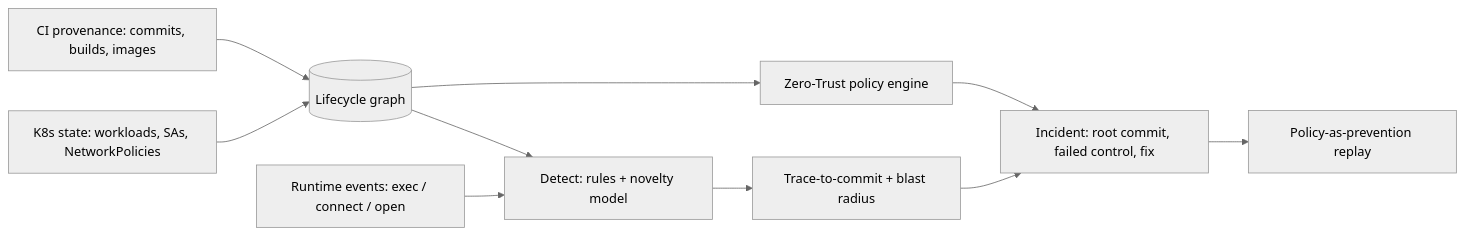
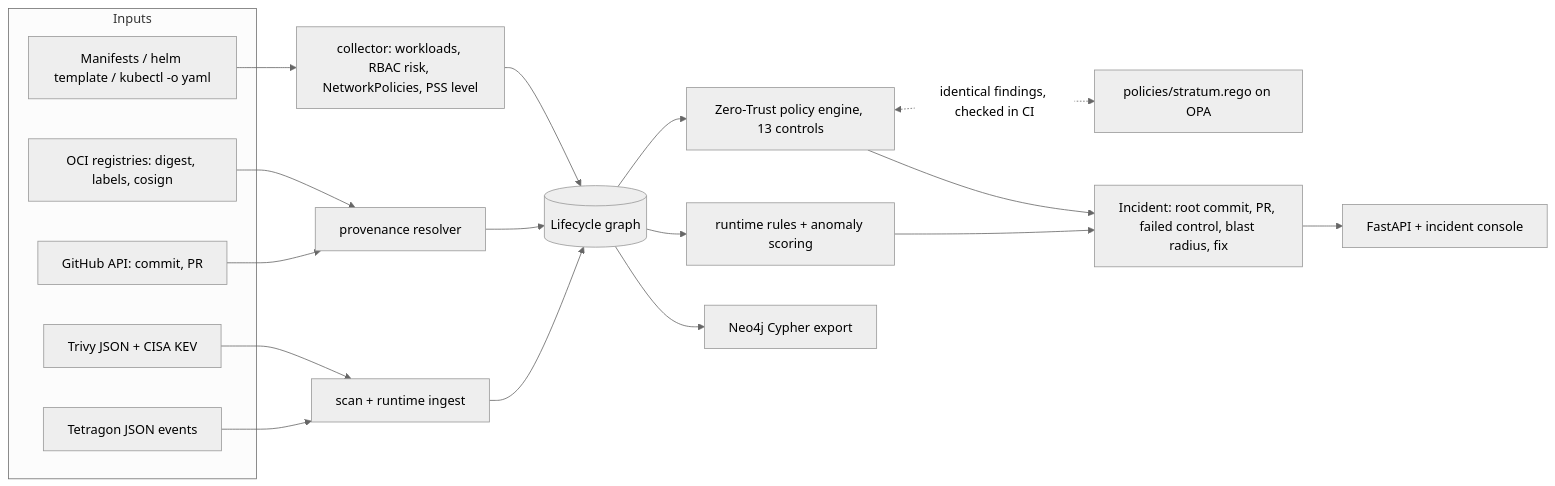
The diagram in README.md (rakshit-737/stratum), drawn with Mermaid (neutral theme) before and after one commit. The commit also changed other lines of this file, not shown here.

Commit message:
docs: rewrite README with real-data results, datasets, limitations and roadmap

````diff
--- a/README.md
+++ b/README.md
@@ -9,12 +46,25 @@
 ```mermaid
 flowchart LR
-  CI[CI provenance: commits, builds, images] --> GR
-  K8S[K8s state: workloads, SAs, NetworkPolicies] --> GR
-  RT[Runtime events: exec / connect / open] --> DT
-  GR[(Lifecycle graph)] --> POL[Zero-Trust policy engine]
-  GR --> DT[Detect: rules + novelty model]
-  DT --> TR[Trace-to-commit + blast radius]
-  POL --> INC[Incident: root commit, failed control, fix]
-  TR --> INC
-  INC --> PREV[Policy-as-prevention replay]
+  subgraph Inputs
+    MAN[Manifests / helm template / kubectl -o yaml]
+    REG[OCI registries: digest, labels, cosign]
+    GH[GitHub API: commit, PR]
+    TRV[Trivy JSON + CISA KEV]
+    TET[Tetragon JSON events]
+  end
+  MAN --> K8S[collector: workloads, RBAC risk, NetworkPolicies, PSS level]
+  REG --> PROV[provenance resolver]
+  GH --> PROV
+  TRV --> ING[scan + runtime ingest]
+  TET --> ING
+  K8S --> G[(Lifecycle graph)]
+  PROV --> G
+  ING --> G
+  G --> POL[Zero-Trust policy engine, 13 controls]
+  POL <-. identical findings, checked in CI .-> REGO[policies/stratum.rego on OPA]
+  G --> DET[runtime rules + anomaly scoring]
+  DET --> INC[Incident: root commit, PR, failed control, blast radius, fix]
+  POL --> INC
+  INC --> UI[FastAPI + incident console]
+  G --> NEO[Neo4j Cypher export]
 ```
````
